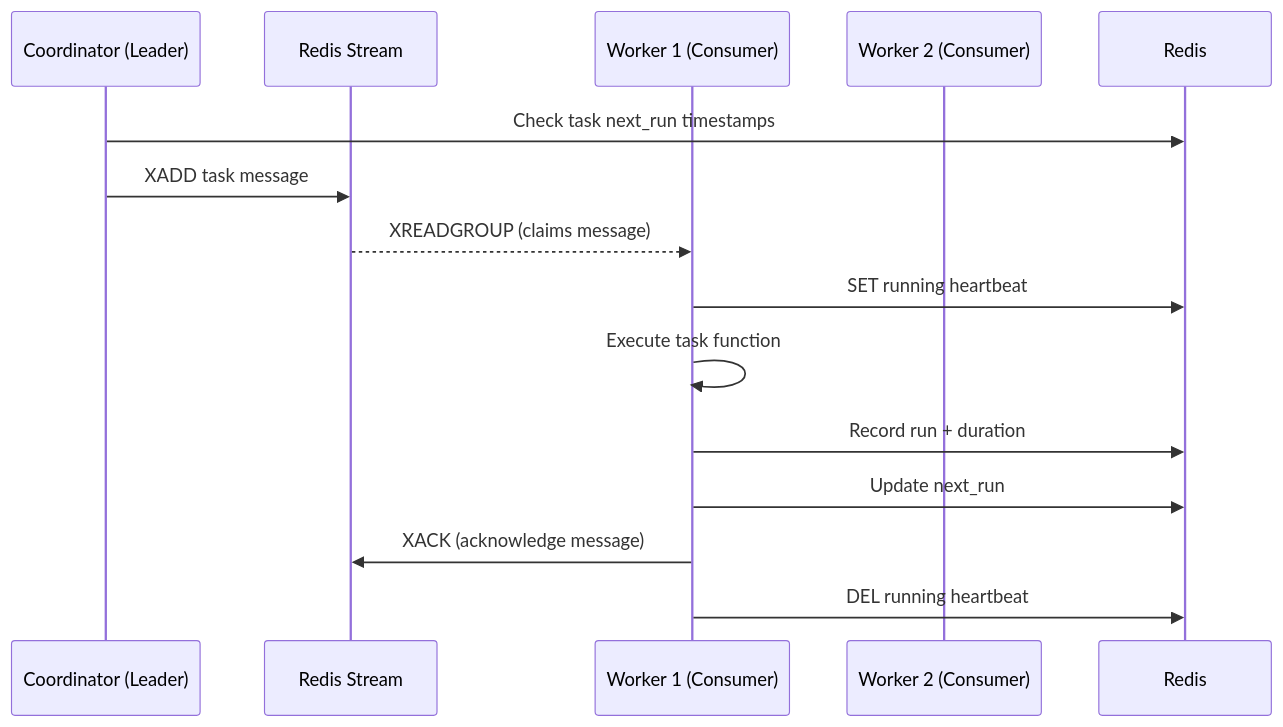
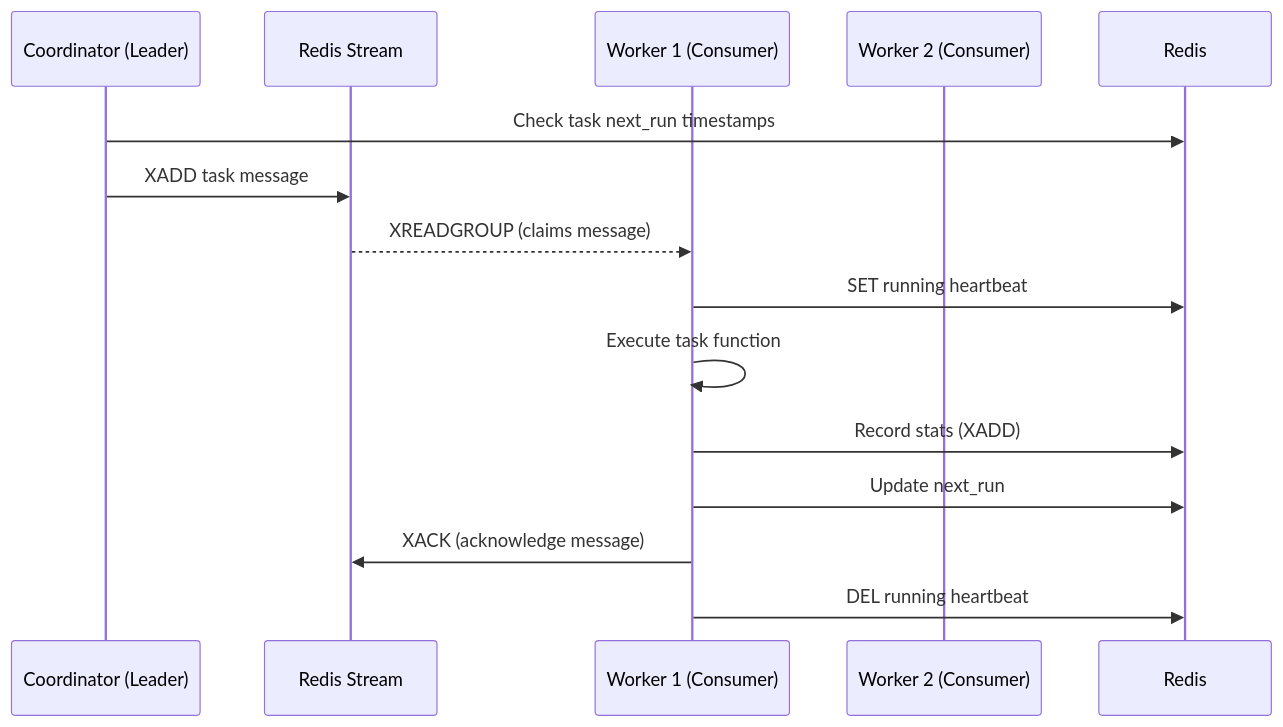
The second of 2 diagrams in docs/docs/learn/architecture.md (Morry98/fastapi-task-manager), drawn with Mermaid before and after one commit. The commit also changed 13 other files, not shown here.

````diff
--- a/docs/docs/learn/architecture.md
+++ b/docs/docs/learn/architecture.md
@@ -67,18 +67,18 @@
 ```mermaid
 sequenceDiagram
     participant C as Coordinator (Leader)
     participant S as Redis Stream
     participant W1 as Worker 1 (Consumer)
     participant W2 as Worker 2 (Consumer)
     participant R as Redis
 
     C->>R: Check task next_run timestamps
     C->>S: XADD task message
     S-->>W1: XREADGROUP (claims message)
     W1->>R: SET running heartbeat
     W1->>W1: Execute task function
-    W1->>R: Record run + duration
+    W1->>R: Record stats (XADD)
     W1->>R: Update next_run
     W1->>S: XACK (acknowledge message)
     W1->>R: DEL running heartbeat
 ```
````
